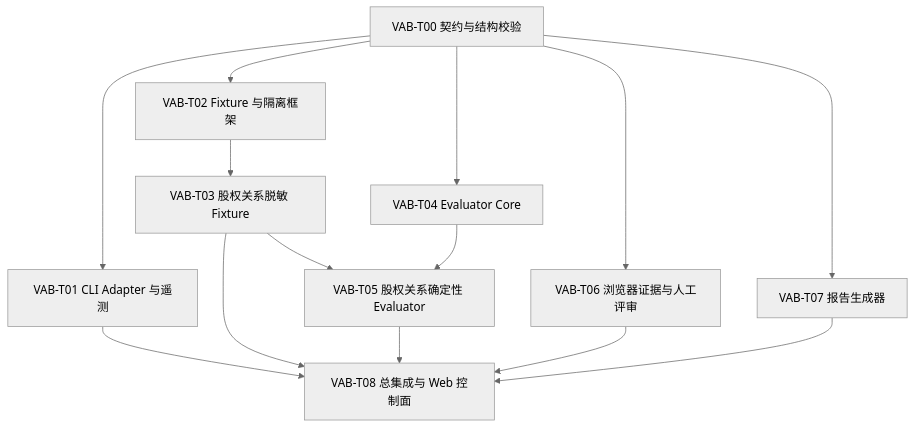
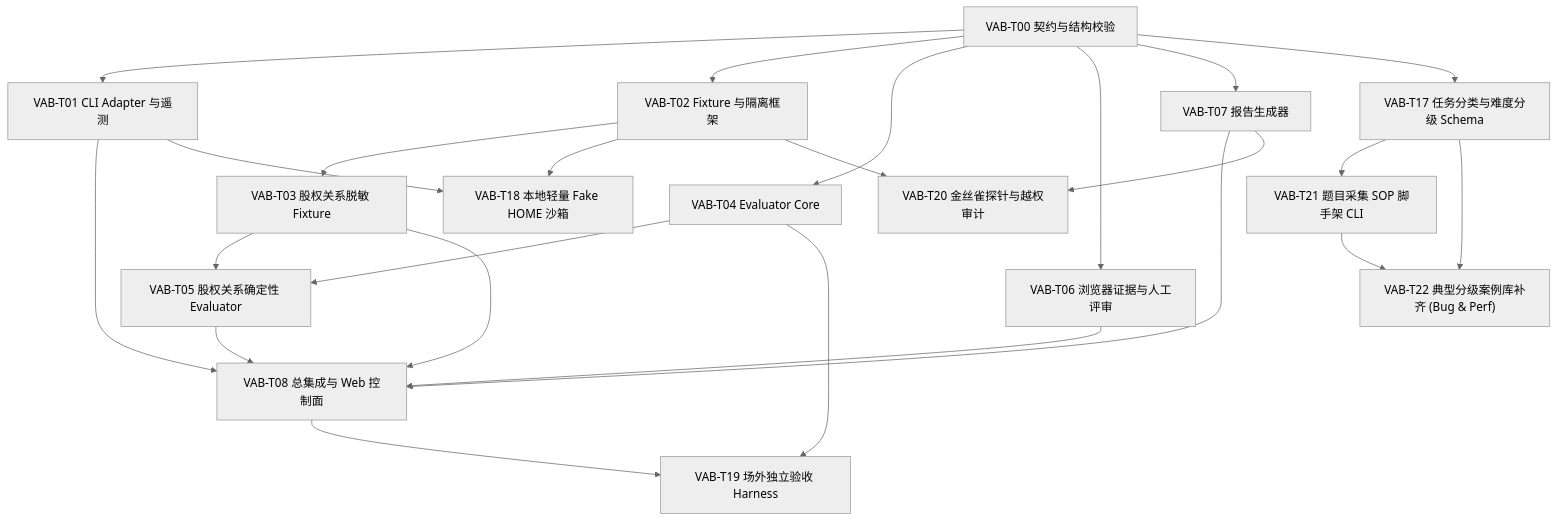
Before and after one commit to zhouchangju/vis-agent-bench: the diagram in docs/agent-orchestration/README.md, drawn with Mermaid (neutral theme). The commit also changed other lines of this file and 37 other files, not shown here.

````diff
--- a/docs/agent-orchestration/README.md
+++ b/docs/agent-orchestration/README.md
@@ -22,26 +22,44 @@
 ```mermaid
 flowchart TD
   T00["VAB-T00 契约与结构校验"]
   T01["VAB-T01 CLI Adapter 与遥测"]
   T02["VAB-T02 Fixture 与隔离框架"]
   T03["VAB-T03 股权关系脱敏 Fixture"]
   T04["VAB-T04 Evaluator Core"]
   T05["VAB-T05 股权关系确定性 Evaluator"]
   T06["VAB-T06 浏览器证据与人工评审"]
   T07["VAB-T07 报告生成器"]
   T08["VAB-T08 总集成与 Web 控制面"]
+  T17["VAB-T17 任务分类与难度分级 Schema"]
+  T18["VAB-T18 本地轻量 Fake HOME 沙箱"]
+  T19["VAB-T19 场外独立验收 Harness"]
+  T20["VAB-T20 金丝雀探针与越权审计"]
+  T21["VAB-T21 题目采集 SOP 脚手架 CLI"]
+  T22["VAB-T22 典型分级案例库补齐 (Bug & Perf)"]
 
   T00 --> T01
   T00 --> T02
   T00 --> T04
   T00 --> T06
   T00 --> T07
   T02 --> T03
   T03 --> T05
   T04 --> T05
   T01 --> T08
   T03 --> T08
   T05 --> T08
   T06 --> T08
   T07 --> T08
+
+  %% Wave 8: 分类分级与本地轻量防作弊沙箱
+  T00 --> T17
+  T01 --> T18
+  T02 --> T18
+  T04 --> T19
+  T08 --> T19
+  T02 --> T20
+  T07 --> T20
+  T17 --> T21
+  T17 --> T22
+  T21 --> T22
 ```
````
